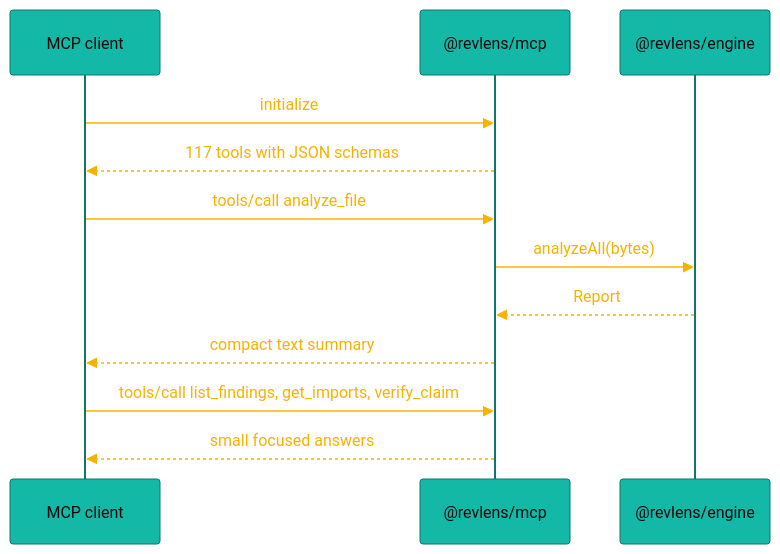
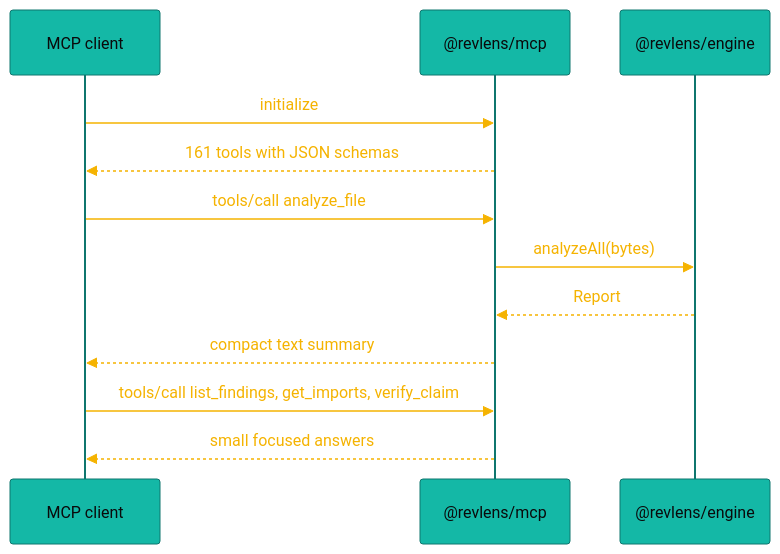
Before and after one commit to aniruddhaadak80/re: the third of 3 diagrams in docs/architecture.md, drawn with Mermaid. The commit also changed other lines of this file and 13 other files, not shown here.

````diff
--- a/docs/architecture.md
+++ b/docs/architecture.md
@@ -147,15 +147,15 @@
 ```mermaid
 %%{init: {"theme": "base", "themeVariables": {"primaryColor": "#14B8A6", "primaryTextColor": "#0A0A0B", "primaryBorderColor": "#0F766E", "lineColor": "#F5B301", "actorBkg": "#14B8A6", "actorTextColor": "#0A0A0B", "signalColor": "#F5B301", "signalTextColor": "#F5B301", "noteBkgColor": "#FFD166", "noteTextColor": "#0A0A0B"}}}%%
 sequenceDiagram
   participant C as MCP client
   participant S as @revlens/mcp
   participant K as @revlens/engine
   C->>S: initialize
-  S-->>C: 117 tools with JSON schemas
+  S-->>C: 161 tools with JSON schemas
   C->>S: tools/call analyze_file
   S->>K: analyzeAll(bytes)
   K-->>S: Report
   S-->>C: compact text summary
   C->>S: tools/call list_findings, get_imports, verify_claim
   S-->>C: small focused answers
 ```
````
